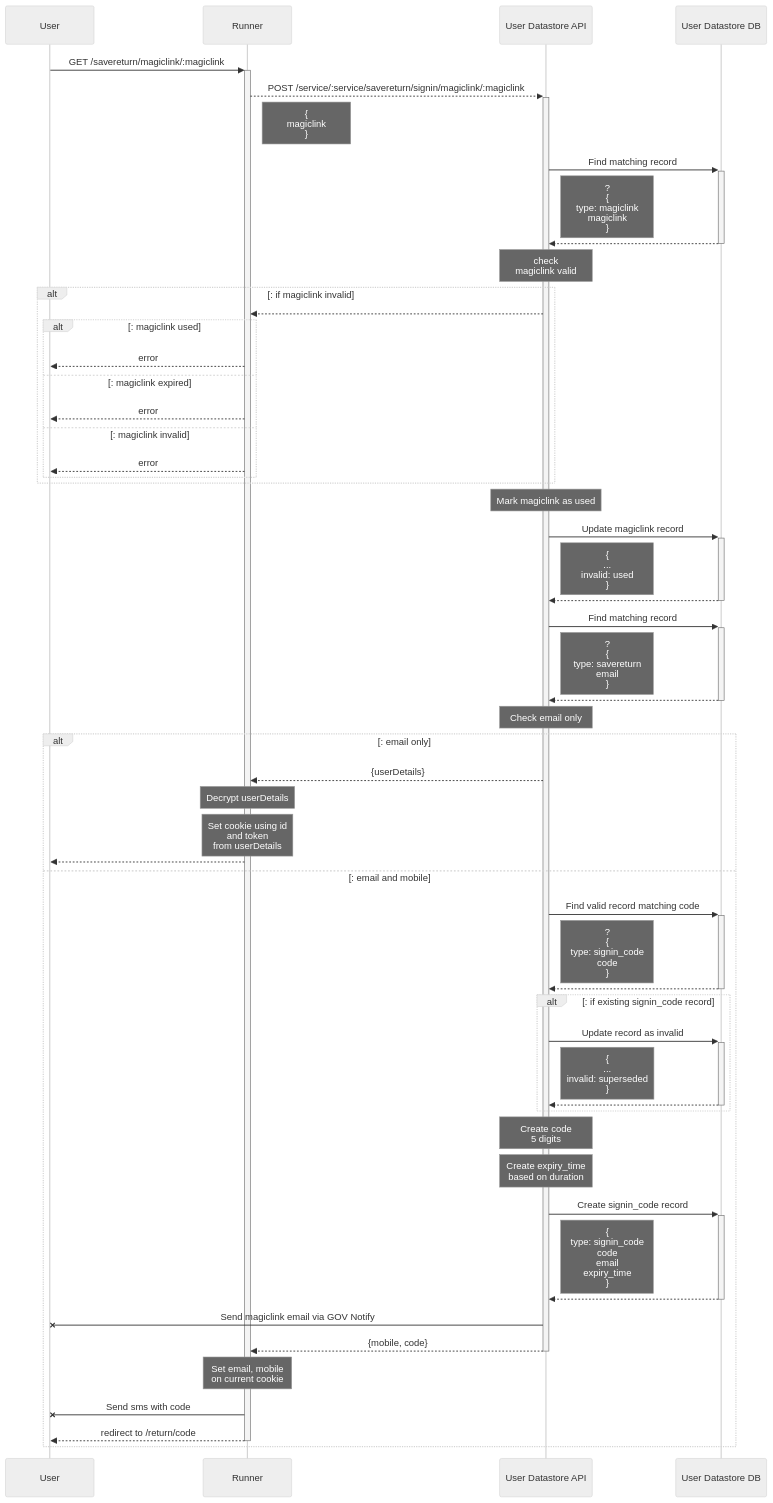
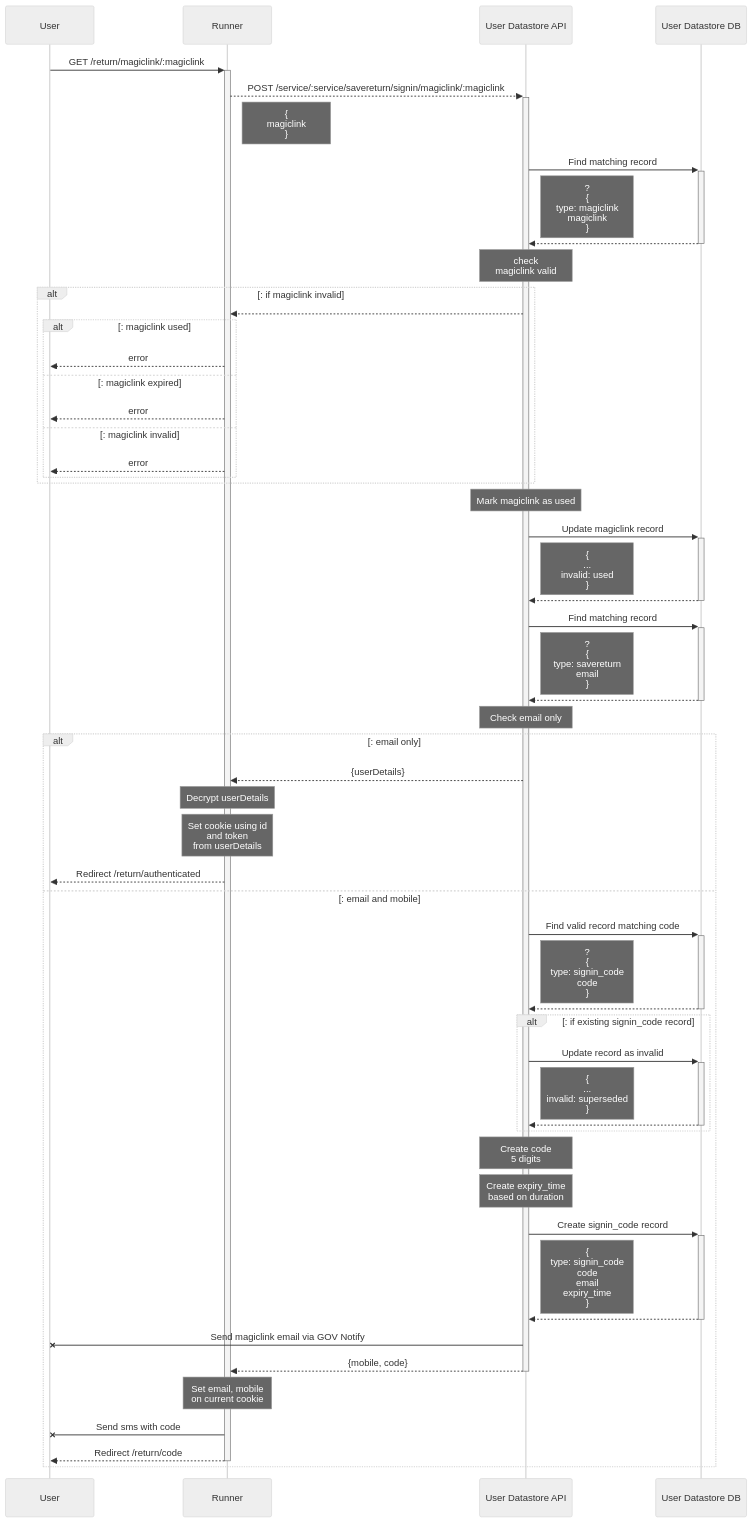
Before and after one commit to ministryofjustice/form-builder: the diagram in documentation/save-and-return/images/save-return--signin-magiclink.mmd, drawn with Mermaid (neutral theme). The commit also changed 30 other files, not shown here.

Commit message:
Updated with correct urls and full flow

```diff
--- a/documentation/save-and-return/images/save-return--signin-magiclink.mmd
+++ b/documentation/save-and-return/images/save-return--signin-magiclink.mmd
@@ -1,110 +1,110 @@
 sequenceDiagram
 
 participant U as User
 
 participant R as Runner
 
 participant DS as User Datastore API
 
 participant DB as User Datastore DB
 
-U->>+R: GET /savereturn/magiclink/:magiclink
+U->>+R: GET /return/magiclink/:magiclink
 
 R-->>+DS: POST /service/:service/savereturn/signin/magiclink/:magiclink
 
 Note right of R: {<br>magiclink<br>}
 
 DS->>+DB: Find matching record
 
 Note right of DS: ?<br>{<br>type: magiclink<br>magiclink<br>}
 
 DB-->>-DS: 
 
 Note over DS: check <br>magiclink valid
 
 alt: if magiclink invalid
 
   DS-->>R:  
 
   alt: magiclink used
 
     R-->>U: error
 
   else: magiclink expired
 
     R-->>U: error
 
   else: magiclink invalid
 
     R-->>U: error
 
   end
 
 end
 
   Note over DS: Mark magiclink as used
 
   DS->>+DB: Update magiclink record 
 
   Note right of DS: {<br>...<br>invalid: used<br>}
 
   DB-->>-DS: 
 
 DS->>+DB: Find matching record
 
 Note right of DS: ?<br>{<br>type: savereturn<br>email<br>}
 
 DB-->>-DS: 
 
 Note over DS: Check email only
 
 alt: email only
 
 DS-->>R:   {userDetails}
 
 Note over R: Decrypt userDetails
 
 Note over R: Set cookie using id <br>and token <br>from userDetails
 
-R-->>U:  
+R-->>U:  Redirect /return/authenticated
 
 else: email and mobile
 
 DS->>+DB: Find valid record matching code 
 
 Note right of DS: ?<br>{<br>type: signin_code<br>code<br>}
 
 DB-->>-DS: 
 
 alt: if existing signin_code record
 
 DS->>+DB: Update record as invalid 
 
 Note right of DS: {<br>...<br>invalid: superseded<br>}
 
 DB-->>-DS: 
 
 end
 
 Note over DS: Create  code<br>5 digits
 
 Note over DS: Create expiry_time<br>based on duration
 
 DS->>+DB: Create signin_code record
 
 Note right of DS: { <br>type: signin_code<br>code<br>email<br>expiry_time<br> }
 
 DB-->>-DS: 
 
 DS-XU: Send magiclink email via GOV Notify 
 
 
 DS-->>-R:   {mobile, code}
 
 Note over R: Set email, mobile<br>on current cookie
 
 R-XU: Send sms with code
 
-R-->>-U: redirect to /return/code
+R-->>-U: Redirect /return/code
 
 end
```
